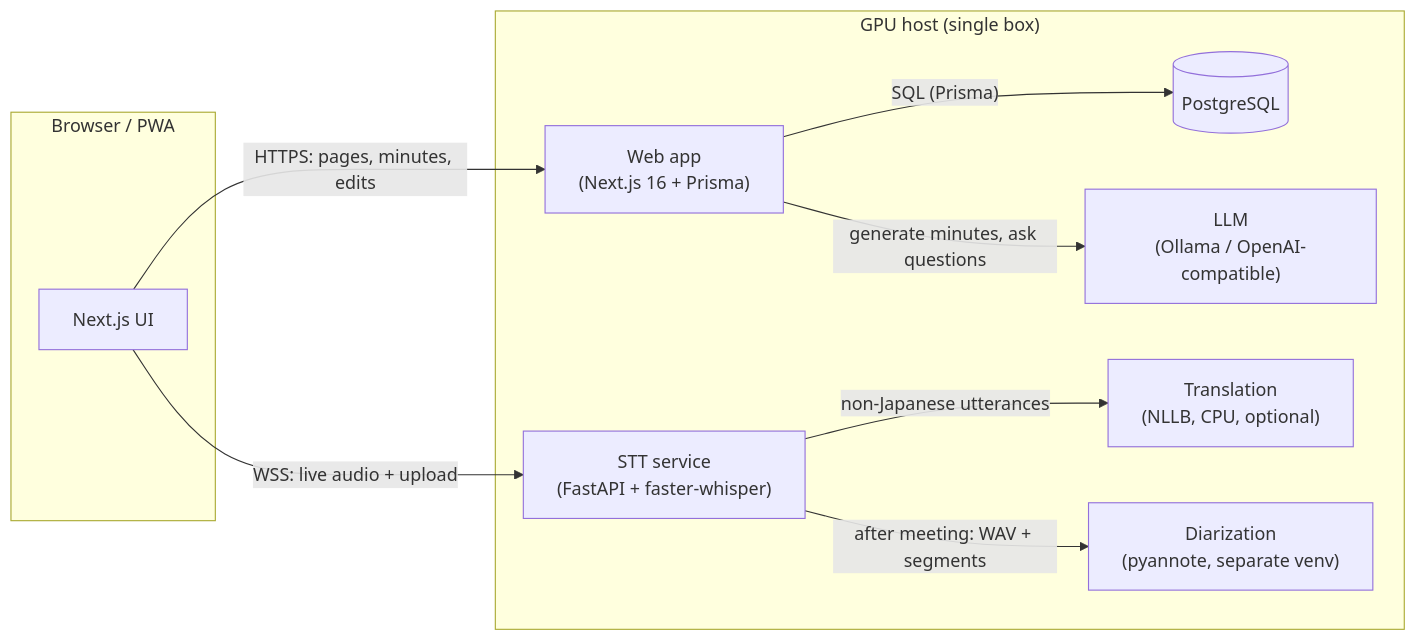
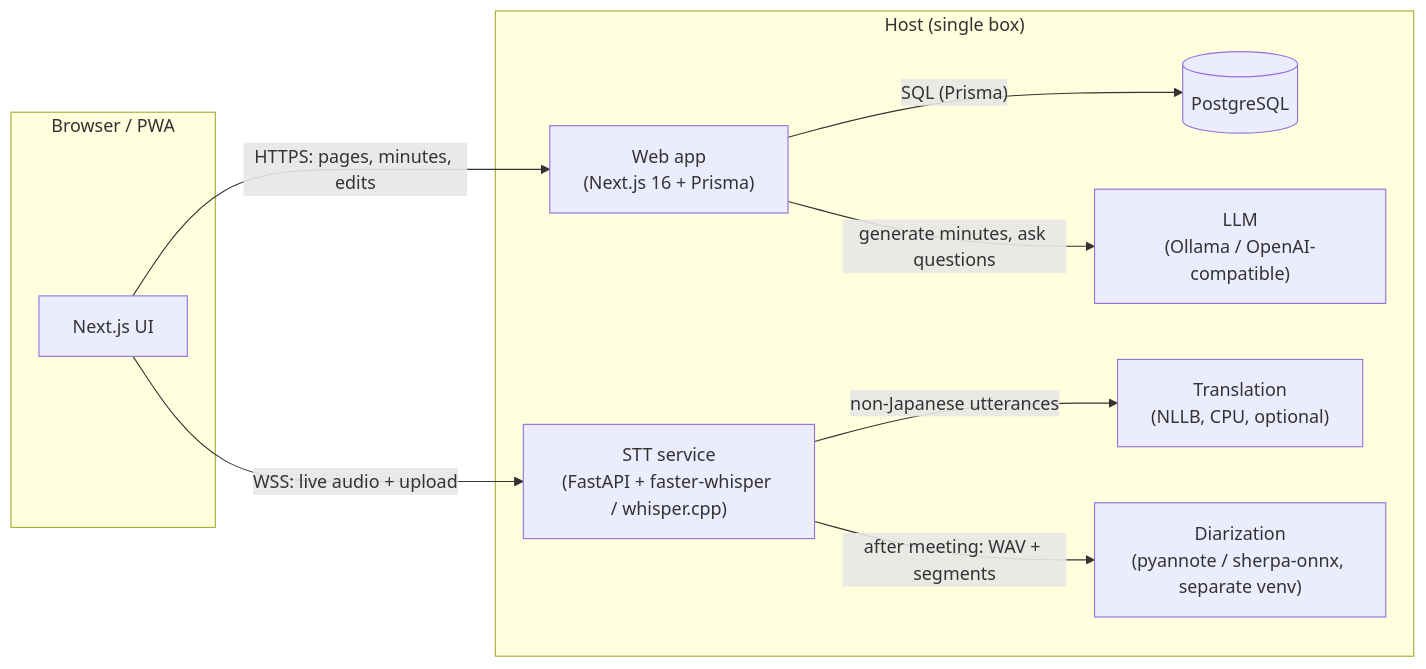
Before and after one commit to ikasast/voxinq-meeting: the diagram in docs/architecture.md, drawn with Mermaid. The commit also changed other lines of this file and 5 other files, not shown here.

````diff
--- a/docs/architecture.md
+++ b/docs/architecture.md
@@ -3,21 +3,21 @@
 ```mermaid
 flowchart LR
   subgraph Browser["Browser / PWA"]
     UI["Next.js UI"]
   end
-  subgraph Host["GPU host (single box)"]
+  subgraph Host["Host (single box)"]
     Web["Web app<br/>(Next.js 16 + Prisma)"]
     DB[("PostgreSQL")]
-    STT["STT service<br/>(FastAPI + faster-whisper)"]
+    STT["STT service<br/>(FastAPI + faster-whisper / whisper.cpp)"]
     TR["Translation<br/>(NLLB, CPU, optional)"]
-    DIA["Diarization<br/>(pyannote, separate venv)"]
+    DIA["Diarization<br/>(pyannote / sherpa-onnx, separate venv)"]
     LLM["LLM<br/>(Ollama / OpenAI-compatible)"]
   end
 
   UI -- "HTTPS: pages, minutes, edits" --> Web
   UI -- "WSS: live audio + upload" --> STT
   Web -- "SQL (Prisma)" --> DB
   Web -- "generate minutes, ask questions" --> LLM
   STT -- "non-Japanese utterances" --> TR
   STT -- "after meeting: WAV + segments" --> DIA
 ```
````
